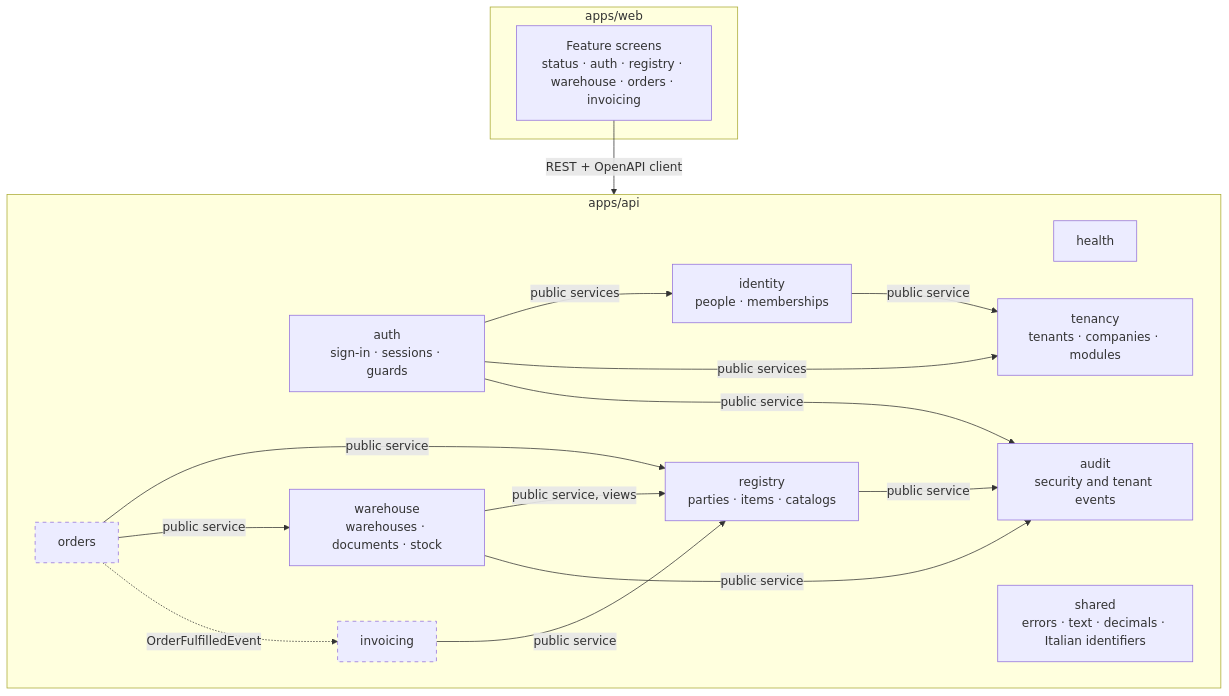
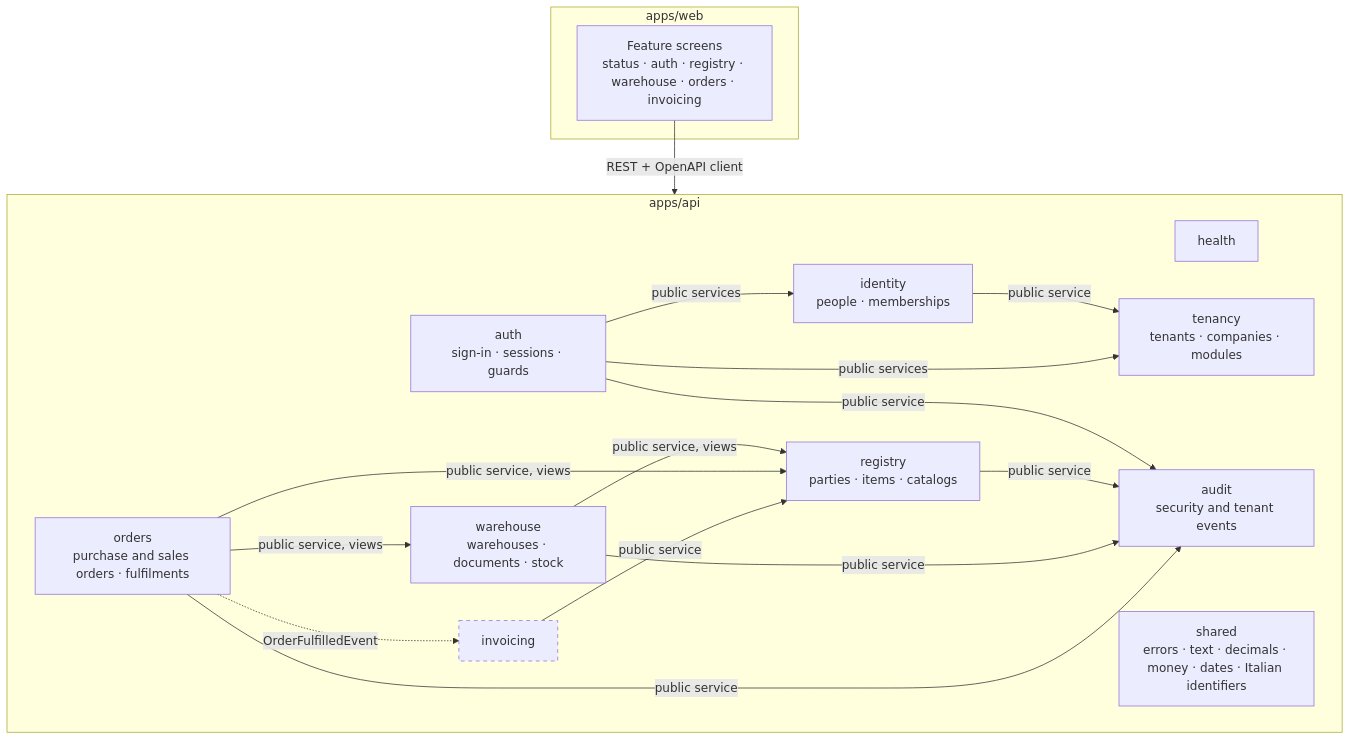
One commit to MicheleG14/mercurio changed the sixth of 9 diagrams in docs/architecture.md. Above: the diagram before and after it, drawn with Mermaid. The commit also changed other lines of this file and 9 other files, not shown here.

````diff
--- a/docs/architecture.md
+++ b/docs/architecture.md
@@ -197,35 +197,36 @@
 ```mermaid
 flowchart TB
     subgraph web[apps/web]
         ui[Feature screens<br/>status · auth · registry · warehouse · orders · invoicing]
     end
 
     subgraph api[apps/api]
         health[health]
         tenancy[tenancy<br/>tenants · companies · modules]
         identity[identity<br/>people · memberships]
         auth[auth<br/>sign-in · sessions · guards]
         audit[audit<br/>security and tenant events]
         registry[registry<br/>parties · items · catalogs]
         warehouse[warehouse<br/>warehouses · documents · stock]
-        orders[orders]
+        orders[orders<br/>purchase and sales orders · fulfilments]
         invoicing[invoicing]
-        shared[shared<br/>errors · text · decimals · Italian identifiers]
+        shared[shared<br/>errors · text · decimals · money · dates · Italian identifiers]
     end
 
     ui -- REST + OpenAPI client --> api
     identity -- public service --> tenancy
     auth -- public services --> identity
     auth -- public services --> tenancy
     auth -- public service --> audit
     registry -- public service --> audit
     warehouse -- public service, views --> registry
     warehouse -- public service --> audit
-    orders -- public service --> registry
-    orders -- public service --> warehouse
+    orders -- public service, views --> registry
+    orders -- public service, views --> warehouse
+    orders -- public service --> audit
     orders -. OrderFulfilledEvent .-> invoicing
     invoicing -- public service --> registry
 
     classDef planned stroke-dasharray: 5 5
-    class orders,invoicing planned
+    class invoicing planned
 ```
````
